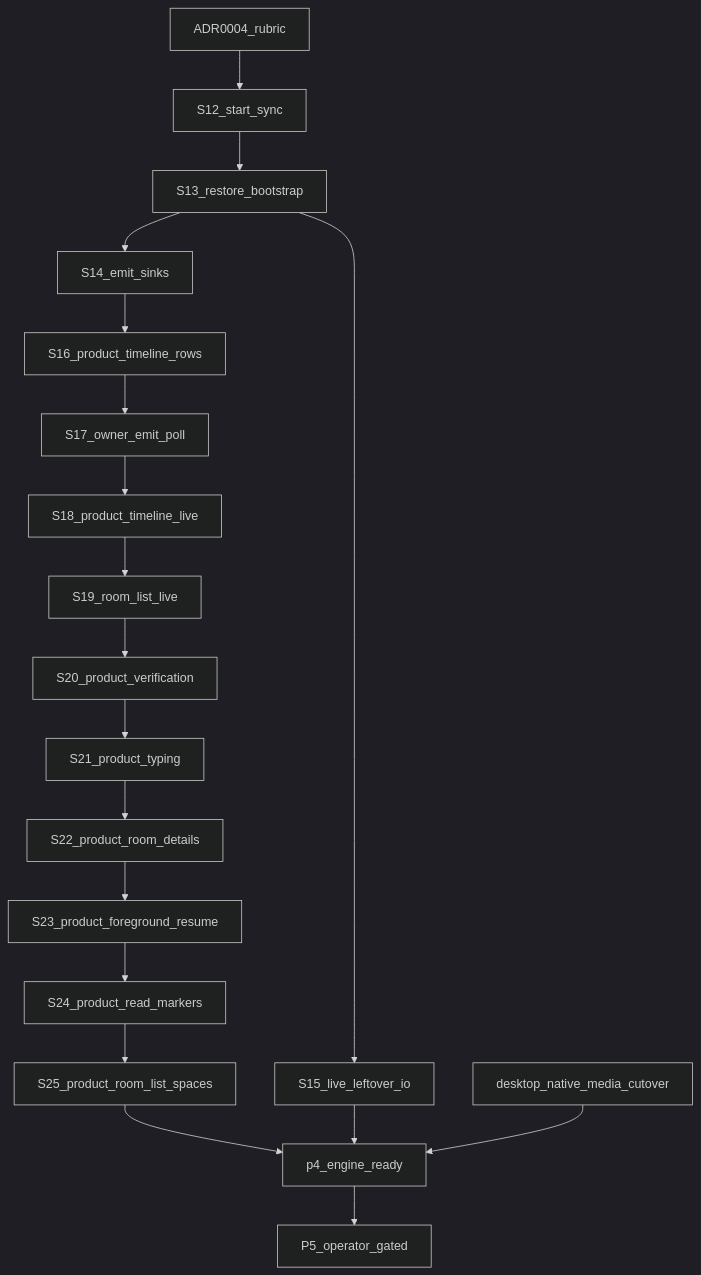
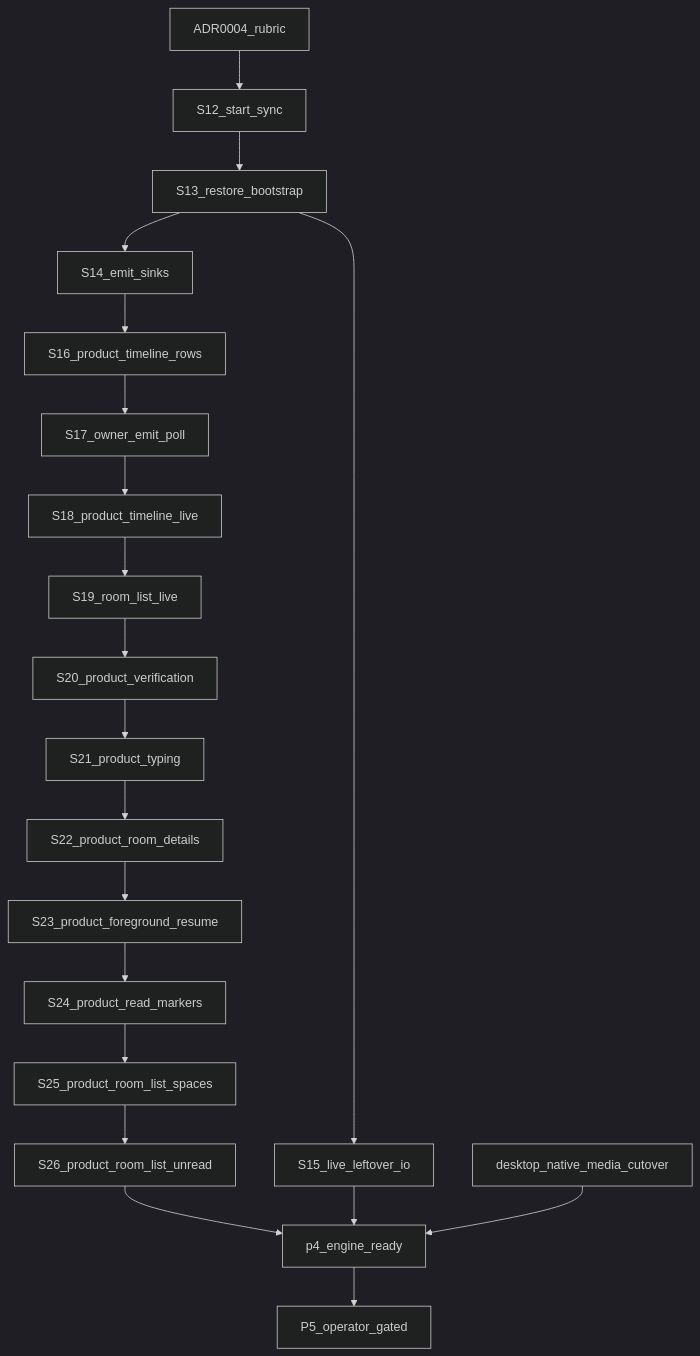
One commit to nepenth/synara-desktop changed the diagram in docs/shared-native-core/13-language-boundary-goal-graph.md. Above: the diagram before and after it, drawn with Mermaid (dark theme). The commit also changed other lines of this file and 4 other files, not shown here.

First line of the commit message:
feat(ios): answer room-list unread from SharedCore snapshot (P4-S26)

````diff
--- a/docs/shared-native-core/13-language-boundary-goal-graph.md
+++ b/docs/shared-native-core/13-language-boundary-goal-graph.md
@@ -46,40 +46,42 @@
 ```mermaid
 flowchart TD
   adr0004[ADR0004_rubric]
   s12[S12_start_sync]
   s13[S13_restore_bootstrap]
   s14[S14_emit_sinks]
   s15[S15_live_leftover_io]
   s16[S16_product_timeline_rows]
   s17[S17_owner_emit_poll]
   s18[S18_product_timeline_live]
   s19[S19_room_list_live]
   s20[S20_product_verification]
   s21[S21_product_typing]
   s22[S22_product_room_details]
   s23[S23_product_foreground_resume]
   s24[S24_product_read_markers]
   s25[S25_product_room_list_spaces]
+  s26[S26_product_room_list_unread]
   media[desktop_native_media_cutover]
   done[p4_engine_ready]
   p5[P5_operator_gated]
 
   adr0004 --> s12
   s12 --> s13
   s13 --> s14
   s13 --> s15
   s14 --> s16
   s16 --> s17
   s17 --> s18
   s18 --> s19
   s19 --> s20
   s20 --> s21
   s21 --> s22
   s22 --> s23
   s23 --> s24
   s24 --> s25
-  s25 --> done
+  s25 --> s26
+  s26 --> done
   s15 --> done
   media --> done
   done --> p5
 ```
````
